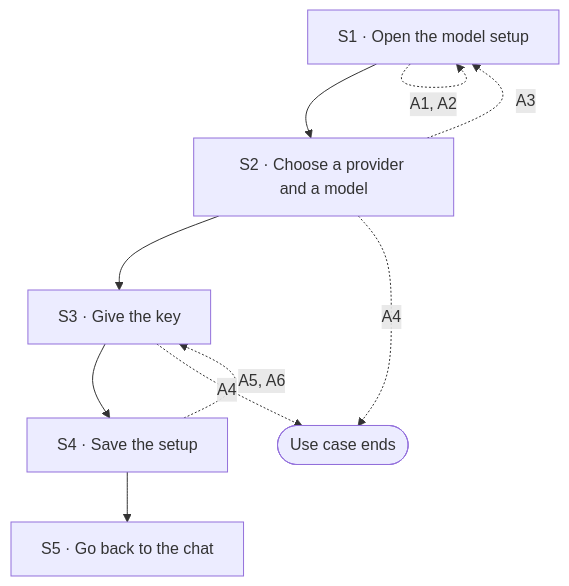
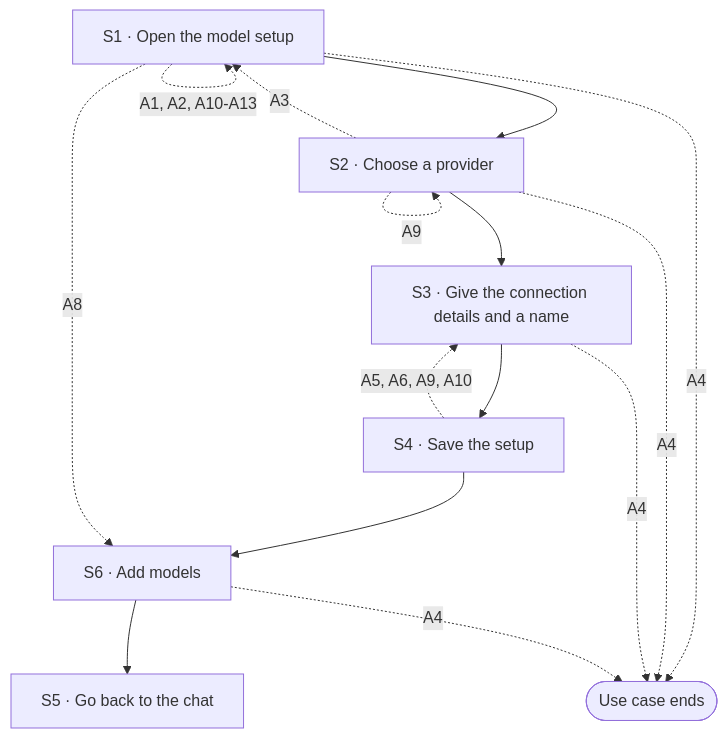
Before and after one commit to Luke23127006/DeckAgent: the diagram in docs/spec/03-use-cases/UC-005.md, drawn with Mermaid. The commit also changed other lines of this file and 33 other files, not shown here.

First line of the commit message:
docs(spec): checkpoint multi-provider model management for review

````diff
--- a/docs/spec/03-use-cases/UC-005.md
+++ b/docs/spec/03-use-cases/UC-005.md
@@ -17,15 +17,20 @@
 ```mermaid
 flowchart TD
   S1["S1 · Open the model setup"]
-  S2["S2 · Choose a provider and a model"]
-  S3["S3 · Give the key"]
+  S2["S2 · Choose a provider"]
+  S3["S3 · Give the connection details and a name"]
   S4["S4 · Save the setup"]
+  S6["S6 · Add models"]
   S5["S5 · Go back to the chat"]
   DONE(["Use case ends"])
-  S1 --> S2 --> S3 --> S4 --> S5
-  S1 -.->|"A1, A2"| S1
+  S1 --> S2 --> S3 --> S4 --> S6 --> S5
+  S1 -.->|"A1, A2, A10-A13"| S1
+  S1 -.->|"A4"| DONE
+  S1 -.->|"A8"| S6
   S2 -.->|"A3"| S1
   S2 -.->|"A4"| DONE
+  S2 -.->|"A9"| S2
   S3 -.->|"A4"| DONE
-  S4 -.->|"A5, A6"| S3
+  S4 -.->|"A5, A6, A9, A10"| S3
+  S6 -.->|"A4"| DONE
 ```
````
